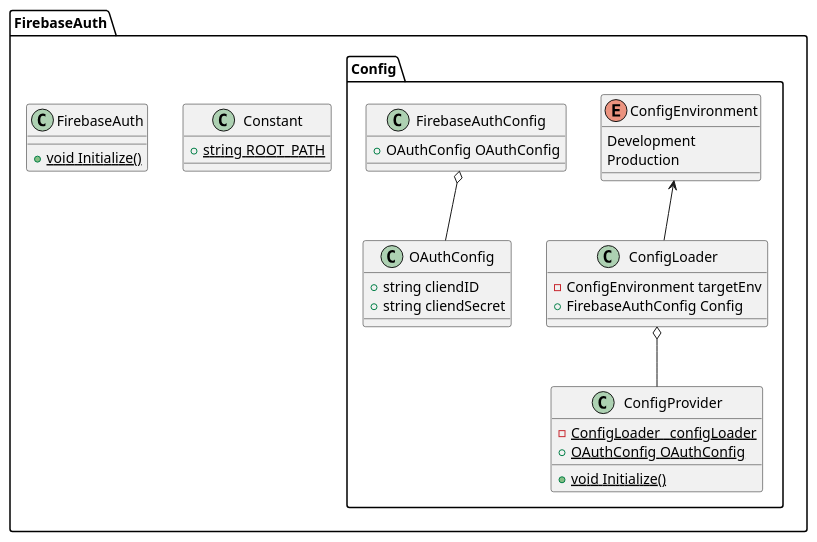
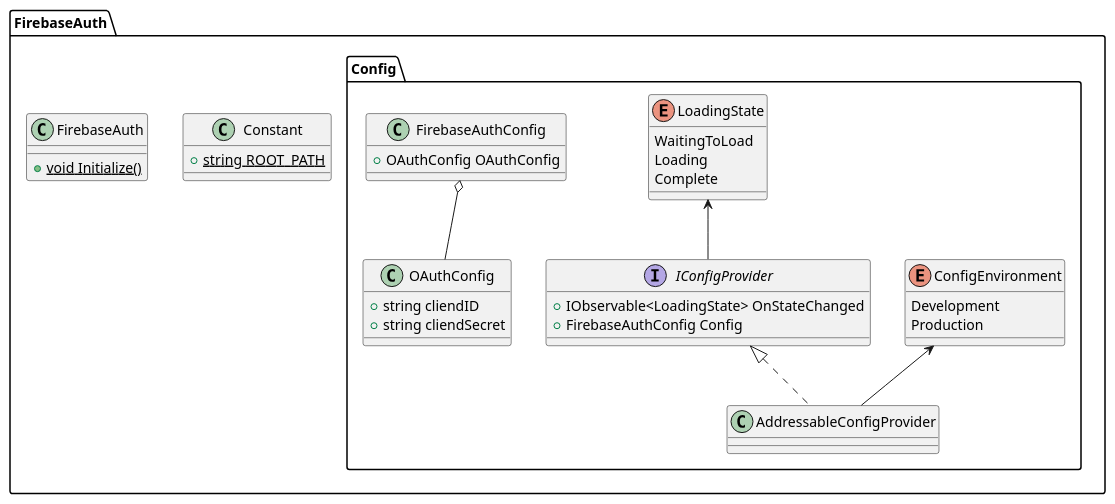
Before and after one commit to Harineko0/firebase-authenticator: the diagram in FirebaseAuthenticator.pu, drawn with PlantUML. The commit also changed 5 other files, not shown here.

```diff
--- a/FirebaseAuthenticator.pu
+++ b/FirebaseAuthenticator.pu
@@ -1,42 +1,45 @@
 @startuml FirebaseAuth
 namespace FirebaseAuth {
     class Constant {
         {static} + string ROOT_PATH
     }
 
     class FirebaseAuth {
         {static} + void Initialize()
     }
 }
 
 namespace FirebaseAuth.Config {
     enum ConfigEnvironment {
         Development
         Production
     }
 
-    class ConfigLoader {
-        - ConfigEnvironment targetEnv
-        + FirebaseAuthConfig Config
-    }
-
-    class ConfigProvider {
-        {static} - ConfigLoader _configLoader
-        {static} + OAuthConfig OAuthConfig
-        {static} + void Initialize()
+    enum LoadingState {
+        WaitingToLoad
+        Loading
+        Complete
     }
 
     class FirebaseAuthConfig {
         + OAuthConfig OAuthConfig
     }
 
     class OAuthConfig {
         + string cliendID
         + string cliendSecret
     }
 
-    ConfigLoader o-- ConfigProvider
-    ConfigEnvironment <-- ConfigLoader
+    interface IConfigProvider {
+        + IObservable<LoadingState> OnStateChanged
+        + FirebaseAuthConfig Config
+    }
+
+    class AddressableConfigProvider implements IConfigProvider {
+    }
+
+    LoadingState <-- IConfigProvider
+    ConfigEnvironment <-- AddressableConfigProvider
     FirebaseAuthConfig o-- OAuthConfig
 }
 @enduml
```
